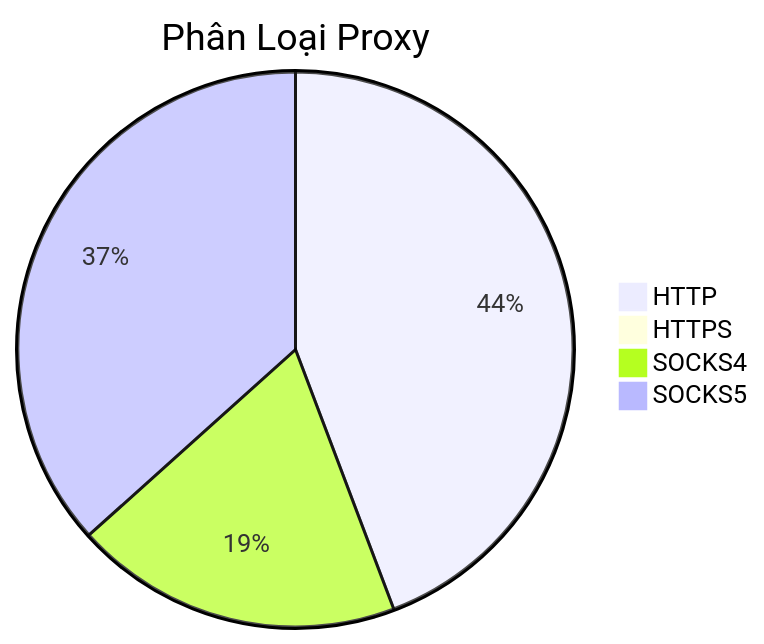
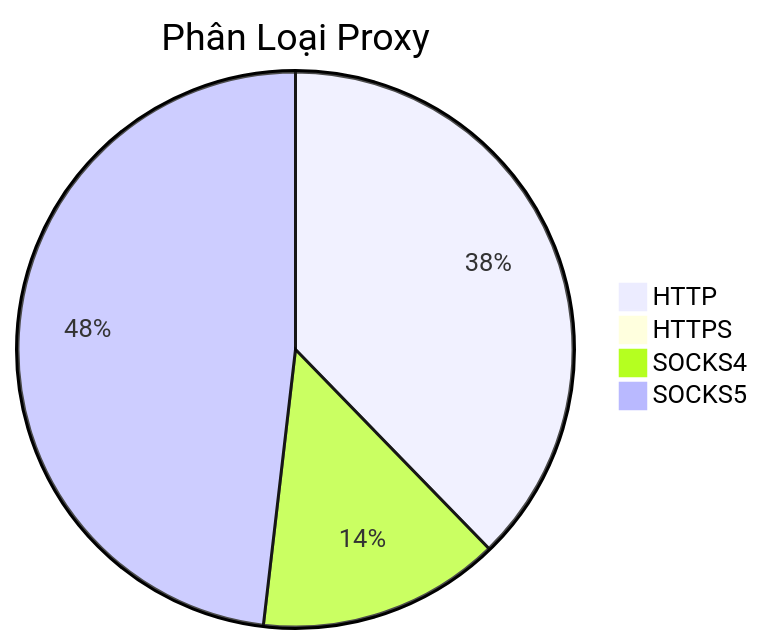
Before and after one commit to Ciara-Aa/PROXY-free: the diagram in README.md, drawn with Mermaid. The commit also changed other lines of this file and 4 other files, not shown here.

````diff
--- a/README.md
+++ b/README.md
@@ -26,7 +26,7 @@
 ```mermaid
 pie title Phân Loại Proxy
-    "HTTP" : 338
-    "HTTPS" : 3
-    "SOCKS4" : 146
-    "SOCKS5" : 280
+    "HTTP" : 286
+    "HTTPS" : 2
+    "SOCKS4" : 107
+    "SOCKS5" : 365
 ```
````
